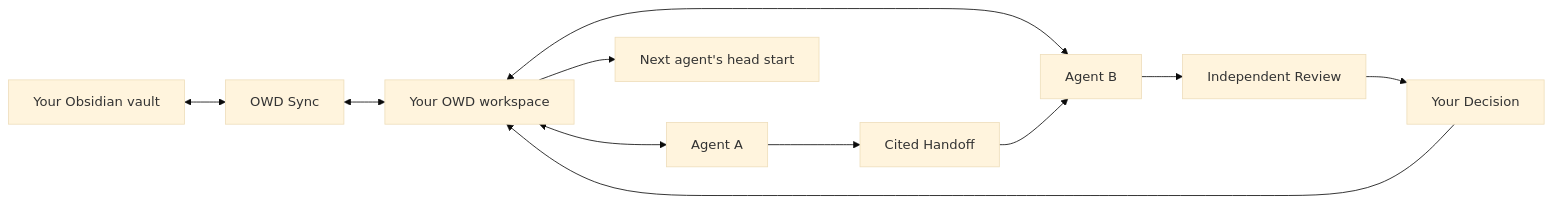
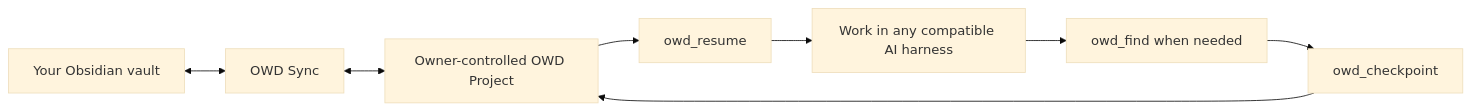
One commit to msinclair25/mdevolved changed the diagram in README.md. Above: the diagram before and after it, drawn with Mermaid (base theme). The commit also changed other lines of this file and 80 other files, not shown here.

````diff
--- a/README.md
+++ b/README.md
@@ -78,13 +114,10 @@
 ```mermaid
 flowchart LR
     V["Your Obsidian vault"] <--> S["OWD Sync"]
-    S <--> O["Your OWD workspace"]
-    O <--> A["Agent A"]
-    O <--> B["Agent B"]
-    A --> H["Cited Handoff"]
-    H --> B
-    B --> R["Independent Review"]
-    R --> D["Your Decision"]
-    D --> O
-    O --> N["Next agent's head start"]
+    S <--> O["Owner-controlled OWD Project"]
+    O --> R["owd_resume"]
+    R --> A["Work in any compatible AI harness"]
+    A --> F["owd_find when needed"]
+    F --> C["owd_checkpoint"]
+    C --> O
 ```
````
